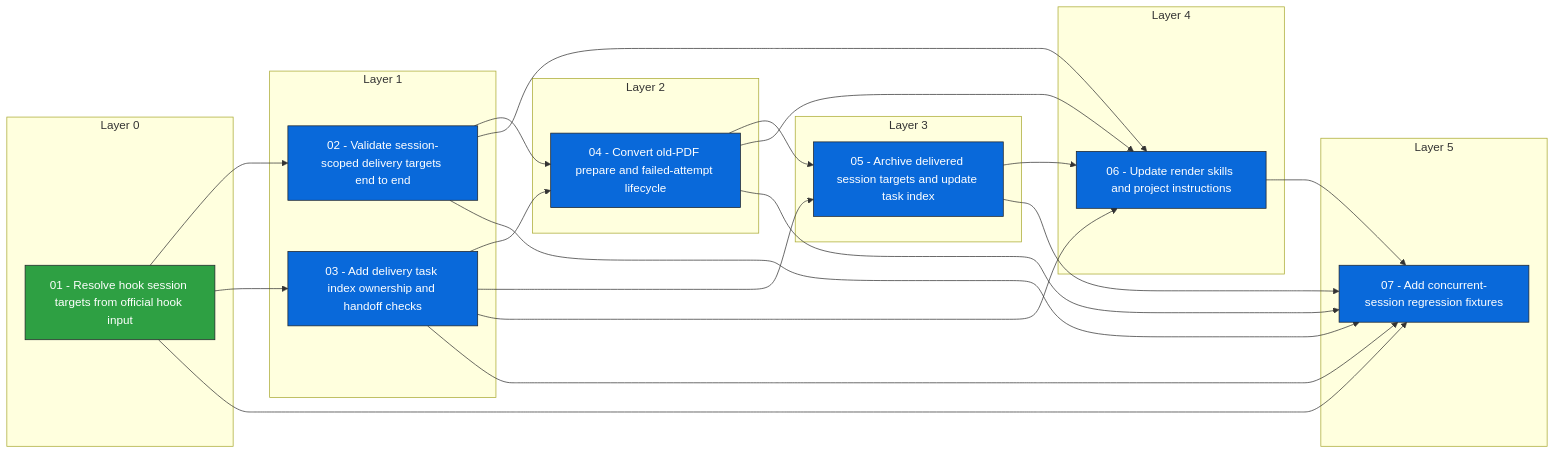
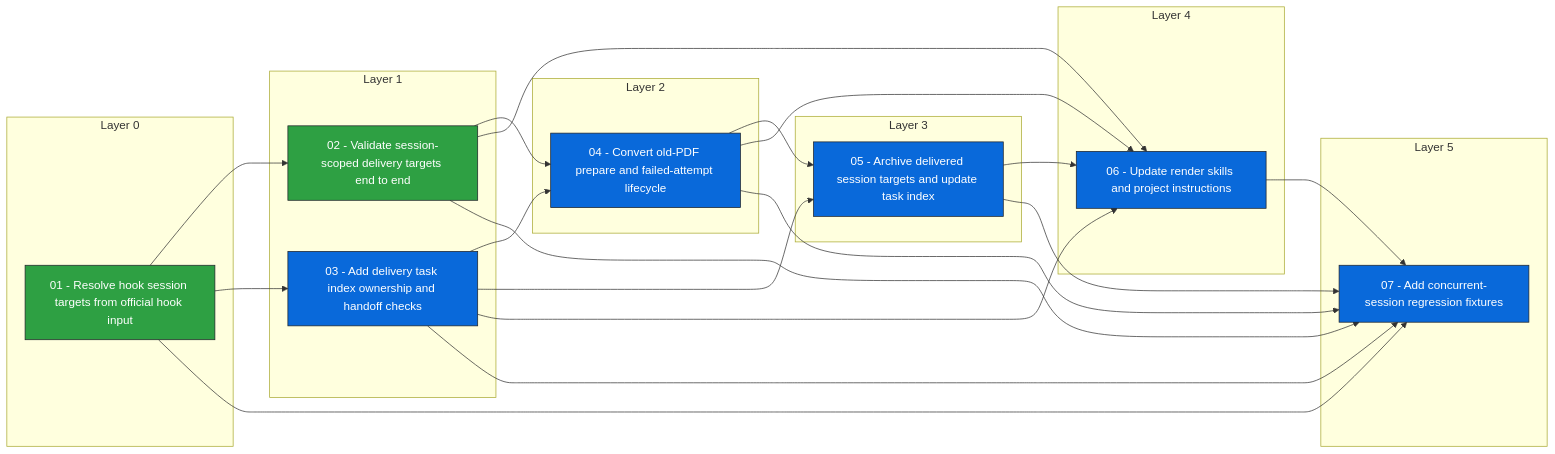
One commit to Nishijujuba/video2pdf changed the diagram in docs/issues/_views/session-scoped-final-delivery-guard-dependencies.md. Above: the diagram before and after it, drawn with Mermaid. The commit also changed other lines of this file and 11 other files, not shown here.

Commit message:
Validate session-scoped delivery targets

````diff
--- a/docs/issues/_views/session-scoped-final-delivery-guard-dependencies.md
+++ b/docs/issues/_views/session-scoped-final-delivery-guard-dependencies.md
@@ -28,54 +27,54 @@
 ```mermaid
 flowchart LR
   subgraph layer_0["Layer 0"]
     n_01_resolve_hook_session_targets_from_official_hook_input["01 - Resolve hook session targets from official hook input"]
   end
   subgraph layer_1["Layer 1"]
     n_02_validate_session_scoped_delivery_targets_end_to_end["02 - Validate session-scoped delivery targets end to end"]
     n_03_add_delivery_task_index_ownership_and_handoff_checks["03 - Add delivery task index ownership and handoff checks"]
   end
   subgraph layer_2["Layer 2"]
     n_04_convert_old_pdf_prepare_and_failed_attempt_lifecycle["04 - Convert old-PDF prepare and failed-attempt lifecycle"]
   end
   subgraph layer_3["Layer 3"]
     n_05_archive_delivered_session_targets_and_update_task_index["05 - Archive delivered session targets and update task index"]
   end
   subgraph layer_4["Layer 4"]
     n_06_update_render_skills_and_project_instructions["06 - Update render skills and project instructions"]
   end
   subgraph layer_5["Layer 5"]
     n_07_add_concurrent_session_regression_fixtures["07 - Add concurrent-session regression fixtures"]
   end
   n_01_resolve_hook_session_targets_from_official_hook_input --> n_02_validate_session_scoped_delivery_targets_end_to_end
   n_01_resolve_hook_session_targets_from_official_hook_input --> n_03_add_delivery_task_index_ownership_and_handoff_checks
   n_02_validate_session_scoped_delivery_targets_end_to_end --> n_04_convert_old_pdf_prepare_and_failed_attempt_lifecycle
   n_03_add_delivery_task_index_ownership_and_handoff_checks --> n_04_convert_old_pdf_prepare_and_failed_attempt_lifecycle
   n_03_add_delivery_task_index_ownership_and_handoff_checks --> n_05_archive_delivered_session_targets_and_update_task_index
   n_04_convert_old_pdf_prepare_and_failed_attempt_lifecycle --> n_05_archive_delivered_session_targets_and_update_task_index
   n_02_validate_session_scoped_delivery_targets_end_to_end --> n_06_update_render_skills_and_project_instructions
   n_03_add_delivery_task_index_ownership_and_handoff_checks --> n_06_update_render_skills_and_project_instructions
   n_04_convert_old_pdf_prepare_and_failed_attempt_lifecycle --> n_06_update_render_skills_and_project_instructions
   n_05_archive_delivered_session_targets_and_update_task_index --> n_06_update_render_skills_and_project_instructions
   n_01_resolve_hook_session_targets_from_official_hook_input --> n_07_add_concurrent_session_regression_fixtures
   n_02_validate_session_scoped_delivery_targets_end_to_end --> n_07_add_concurrent_session_regression_fixtures
   n_03_add_delivery_task_index_ownership_and_handoff_checks --> n_07_add_concurrent_session_regression_fixtures
   n_04_convert_old_pdf_prepare_and_failed_attempt_lifecycle --> n_07_add_concurrent_session_regression_fixtures
   n_05_archive_delivered_session_targets_and_update_task_index --> n_07_add_concurrent_session_regression_fixtures
   n_06_update_render_skills_and_project_instructions --> n_07_add_concurrent_session_regression_fixtures
   class n_01_resolve_hook_session_targets_from_official_hook_input done
-  class n_02_validate_session_scoped_delivery_targets_end_to_end ready_for_agent
+  class n_02_validate_session_scoped_delivery_targets_end_to_end done
   class n_03_add_delivery_task_index_ownership_and_handoff_checks ready_for_agent
   class n_04_convert_old_pdf_prepare_and_failed_attempt_lifecycle ready_for_agent
   class n_05_archive_delivered_session_targets_and_update_task_index ready_for_agent
   class n_06_update_render_skills_and_project_instructions ready_for_agent
   class n_07_add_concurrent_session_regression_fixtures ready_for_agent
   classDef done fill:#2ea043,stroke:#1f2328,color:#ffffff
   classDef ready_for_agent fill:#0969da,stroke:#1f2328,color:#ffffff
   classDef ready_for_human fill:#8250df,stroke:#1f2328,color:#ffffff
   classDef in_progress fill:#d4a72c,stroke:#1f2328,color:#ffffff
   classDef blocked fill:#cf222e,stroke:#1f2328,color:#ffffff
   classDef in_review fill:#bc4c00,stroke:#1f2328,color:#ffffff
   classDef needs_info fill:#8c959f,stroke:#1f2328,color:#ffffff
   classDef needs_triage fill:#d0d7de,stroke:#1f2328,color:#ffffff
   classDef wontfix fill:#57606a,stroke:#1f2328,color:#ffffff
 ```
````
